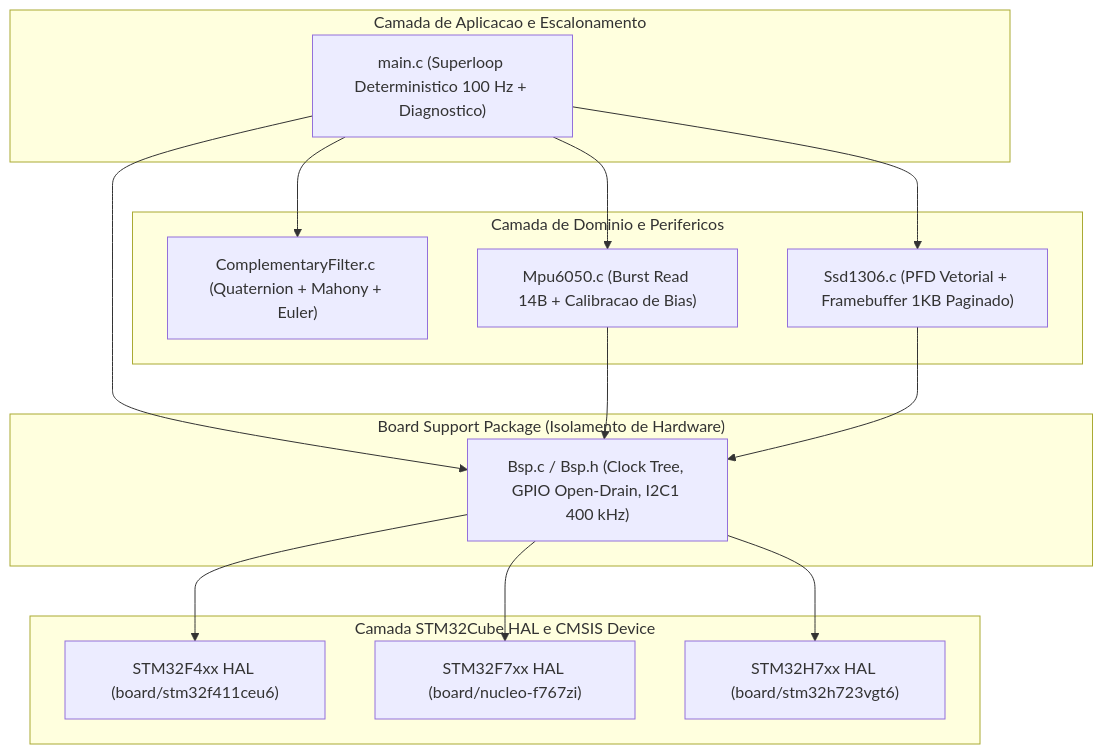
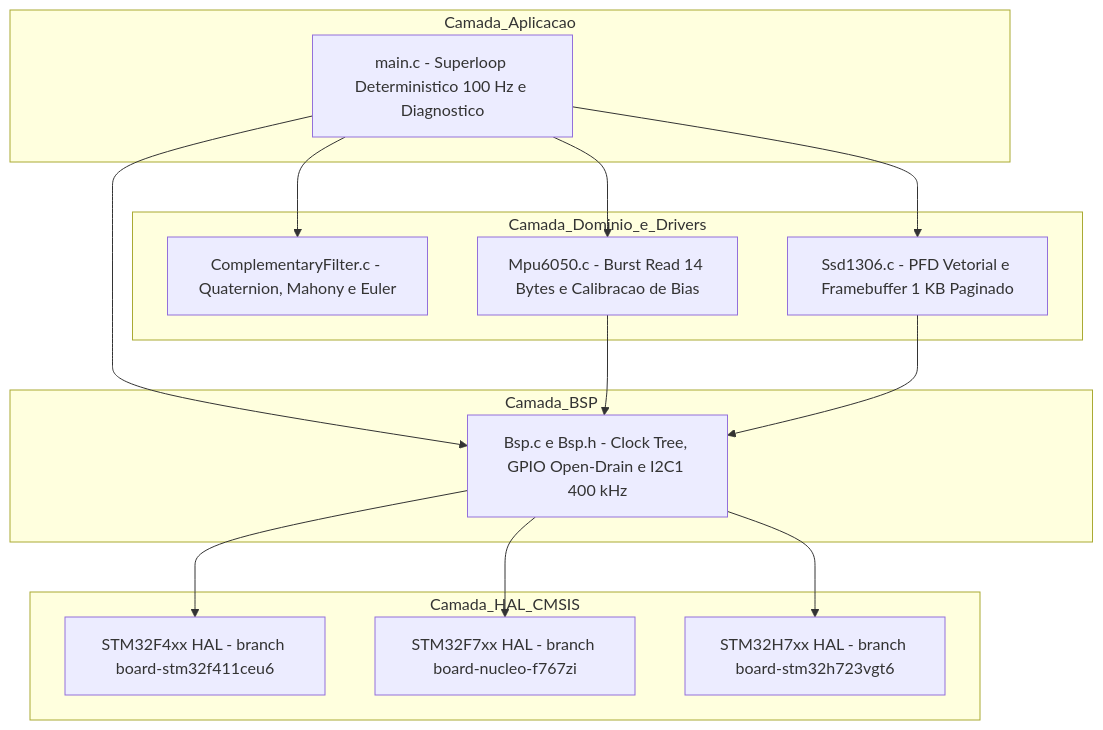
Before and after one commit to Rodriguesmath/lab3-i2c-imu-oled: the first of 3 diagrams in README.md, drawn with Mermaid.

Commit message:
fix(readme): remove parenteses e barras dos subgraphs do diagrama 3.1 no Mermaid

````diff
--- a/README.md
+++ b/README.md
@@ -74,32 +74,32 @@
 ```mermaid
 flowchart TD
-    subgraph APP["Camada de Aplicacao e Escalonamento"]
-        MAIN["main.c (Superloop Deterministico 100 Hz + Diagnostico)"]
+    subgraph Camada_Aplicacao
+        MAIN["main.c - Superloop Deterministico 100 Hz e Diagnostico"]
     end
 
-    subgraph DOMAIN["Camada de Dominio e Perifericos"]
-        CF["ComplementaryFilter.c (Quaternion + Mahony + Euler)"]
-        MPU["Mpu6050.c (Burst Read 14B + Calibracao de Bias)"]
-        OLED["Ssd1306.c (PFD Vetorial + Framebuffer 1KB Paginado)"]
+    subgraph Camada_Dominio_e_Drivers
+        CF["ComplementaryFilter.c - Quaternion, Mahony e Euler"]
+        MPU["Mpu6050.c - Burst Read 14 Bytes e Calibracao de Bias"]
+        OLED["Ssd1306.c - PFD Vetorial e Framebuffer 1 KB Paginado"]
     end
 
-    subgraph BSP_LAYER["Board Support Package (Isolamento de Hardware)"]
-        BSP["Bsp.c / Bsp.h (Clock Tree, GPIO Open-Drain, I2C1 400 kHz)"]
+    subgraph Camada_BSP
+        BSP["Bsp.c e Bsp.h - Clock Tree, GPIO Open-Drain e I2C1 400 kHz"]
     end
 
-    subgraph HAL_LAYER["Camada STM32Cube HAL e CMSIS Device"]
-        F4["STM32F4xx HAL (board/stm32f411ceu6)"]
-        F7["STM32F7xx HAL (board/nucleo-f767zi)"]
-        H7["STM32H7xx HAL (board/stm32h723vgt6)"]
+    subgraph Camada_HAL_CMSIS
+        F4["STM32F4xx HAL - branch board-stm32f411ceu6"]
+        F7["STM32F7xx HAL - branch board-nucleo-f767zi"]
+        H7["STM32H7xx HAL - branch board-stm32h723vgt6"]
     end
 
     MAIN --> CF
     MAIN --> MPU
     MAIN --> OLED
     MAIN --> BSP
     MPU --> BSP
     OLED --> BSP
     BSP --> F4
     BSP --> F7
     BSP --> H7
 ```
````
